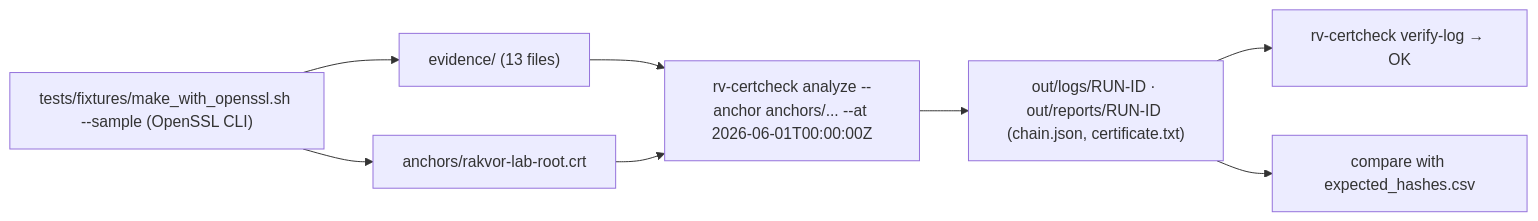
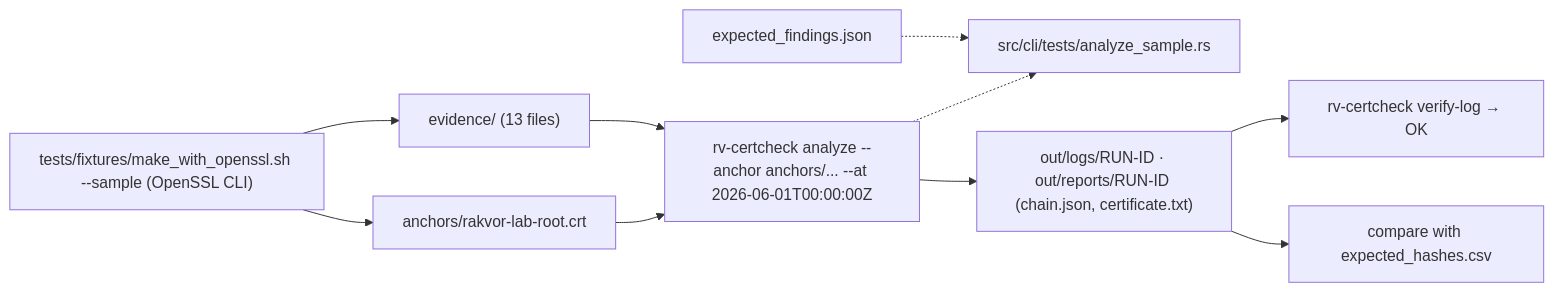
Before and after one commit to Panacota96/rv-certcheck: the diagram in examples/README.md, drawn with Mermaid. The commit also changed other lines of this file and 1 other file, not shown here.

First line of the commit message:
docs: CHANGELOG [Unreleased] for v0.1 and examples README checked against expected_findings.json

````diff
--- a/examples/README.md
+++ b/examples/README.md
@@ -31,10 +40,12 @@
 ```mermaid
 flowchart LR
     G["tests/fixtures/make_with_openssl.sh --sample (OpenSSL CLI)"] --> E["evidence/ (13 files)"]
+    X["expected_findings.json"] -.-> T["src/cli/tests/analyze_sample.rs"]
+    S -.-> T
     G --> A["anchors/rakvor-lab-root.crt"]
     E --> S["rv-certcheck analyze --anchor anchors/... --at 2026-06-01T00:00:00Z"]
     A --> S
     S --> O["out/logs/RUN-ID · out/reports/RUN-ID (chain.json, certificate.txt)"]
     O --> V["rv-certcheck verify-log → OK"]
     O --> C["compare with expected_hashes.csv"]
 ```
````
